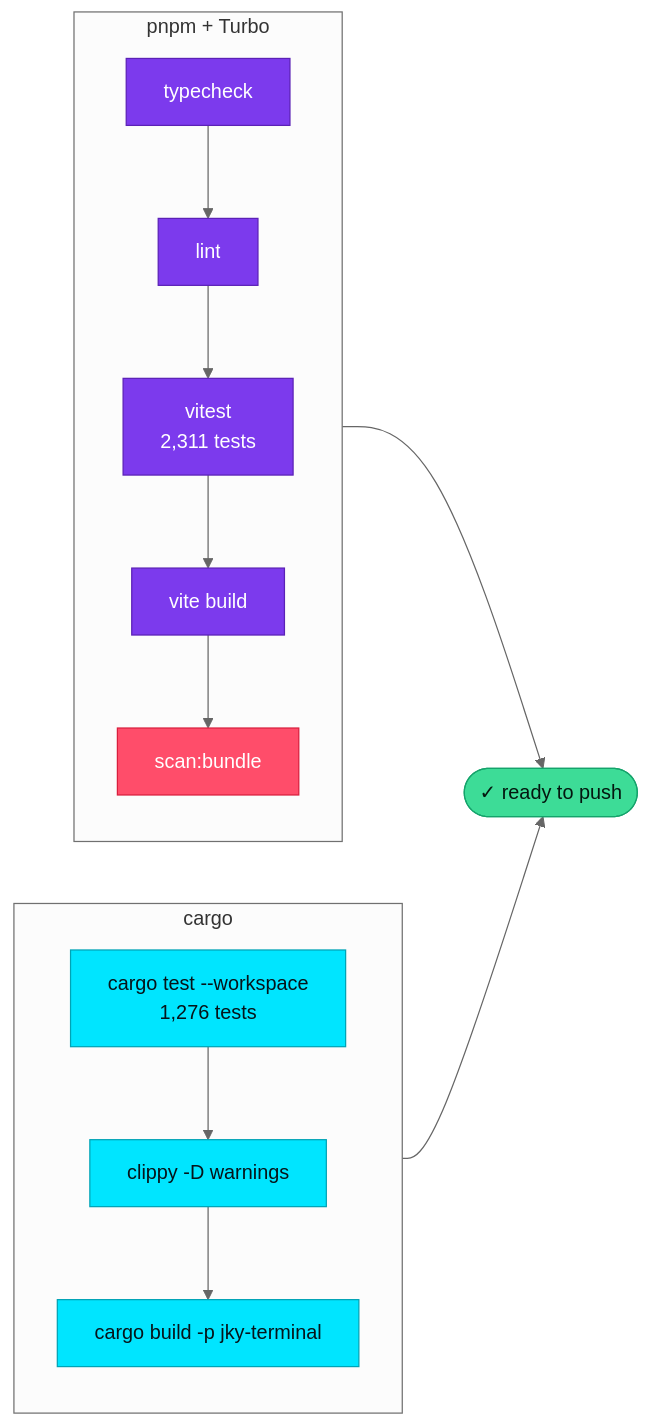
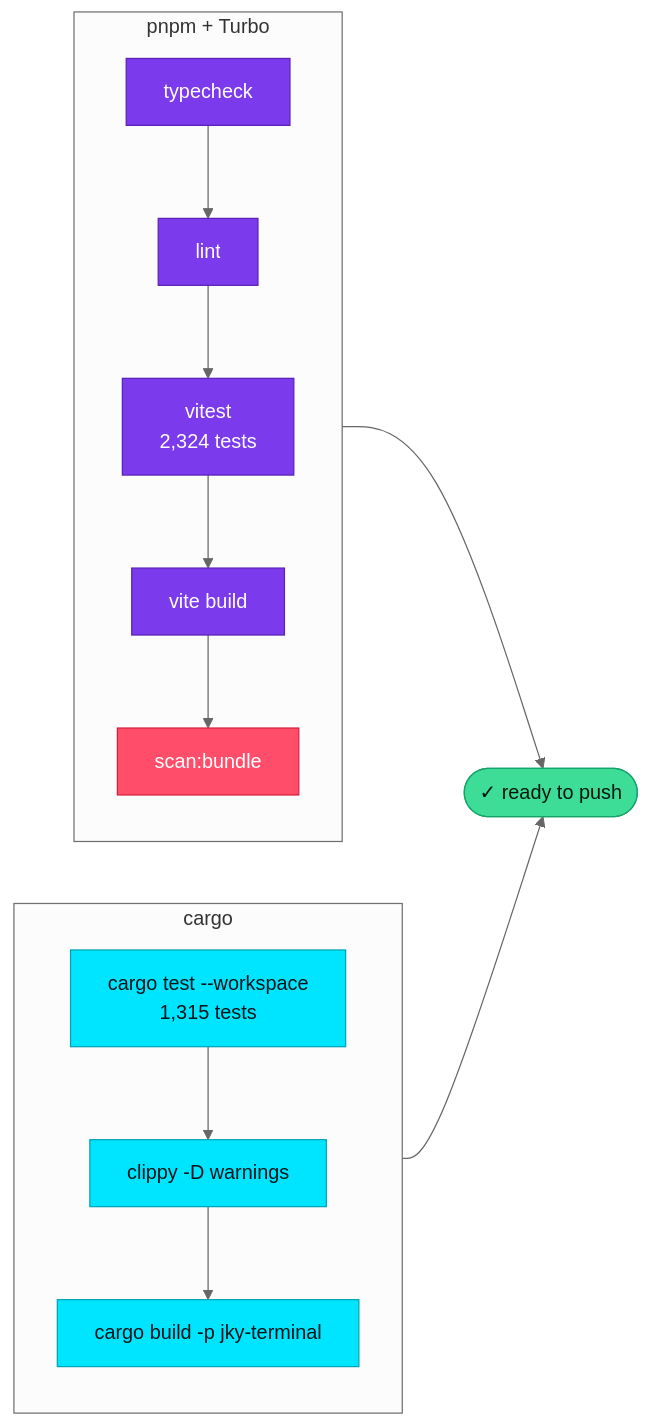
One commit to kartikeyajay2006/jky-terminal changed the fifth of 5 diagrams in docs/architecture.md. Above: the diagram before and after it, drawn with Mermaid (neutral theme). The commit also changed other lines of this file and 13 other files, not shown here.

````diff
--- a/docs/architecture.md
+++ b/docs/architecture.md
@@ -273,16 +273,16 @@
 ```mermaid
 flowchart LR
     subgraph JS["pnpm + Turbo"]
-        T1[typecheck]:::violet --> T2[lint]:::violet --> T3[vitest<br/>2,311 tests]:::violet --> T4[vite build]:::violet --> T5[scan:bundle]:::red
+        T1[typecheck]:::violet --> T2[lint]:::violet --> T3[vitest<br/>2,324 tests]:::violet --> T4[vite build]:::violet --> T5[scan:bundle]:::red
     end
     subgraph RS["cargo"]
-        R1[cargo test --workspace<br/>1,276 tests]:::cyan --> R2[clippy -D warnings]:::cyan --> R3[cargo build -p jky-terminal]:::cyan
+        R1[cargo test --workspace<br/>1,315 tests]:::cyan --> R2[clippy -D warnings]:::cyan --> R3[cargo build -p jky-terminal]:::cyan
     end
     JS --> OK([✓ ready to push]):::mint
     RS --> OK
 
     classDef cyan fill:#00e5ff,stroke:#00a3b5,color:#06141a
     classDef violet fill:#7c3aed,stroke:#5b21b6,color:#ffffff
     classDef mint fill:#3ddc97,stroke:#15a36b,color:#04170f
     classDef red fill:#ff4d6a,stroke:#d91f3d,color:#ffffff
 ```
````
